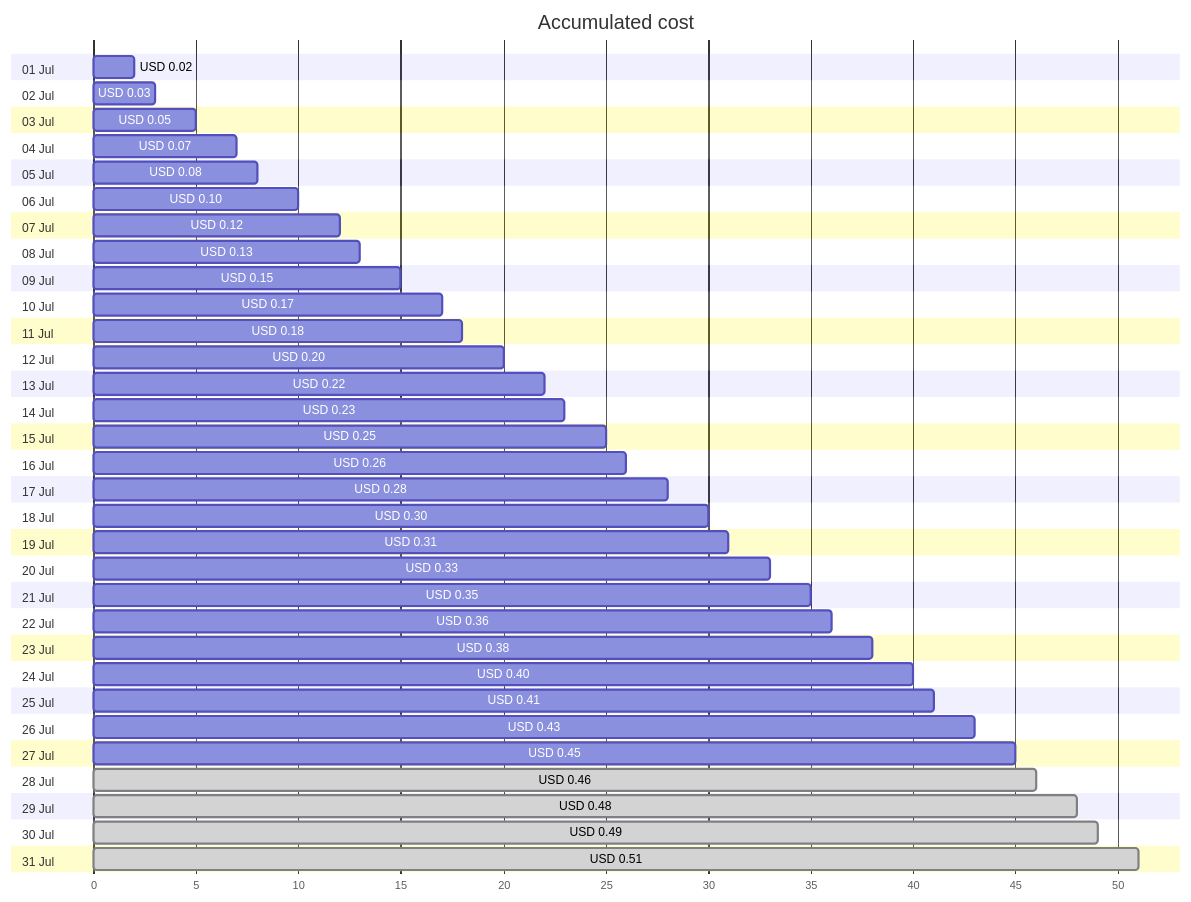
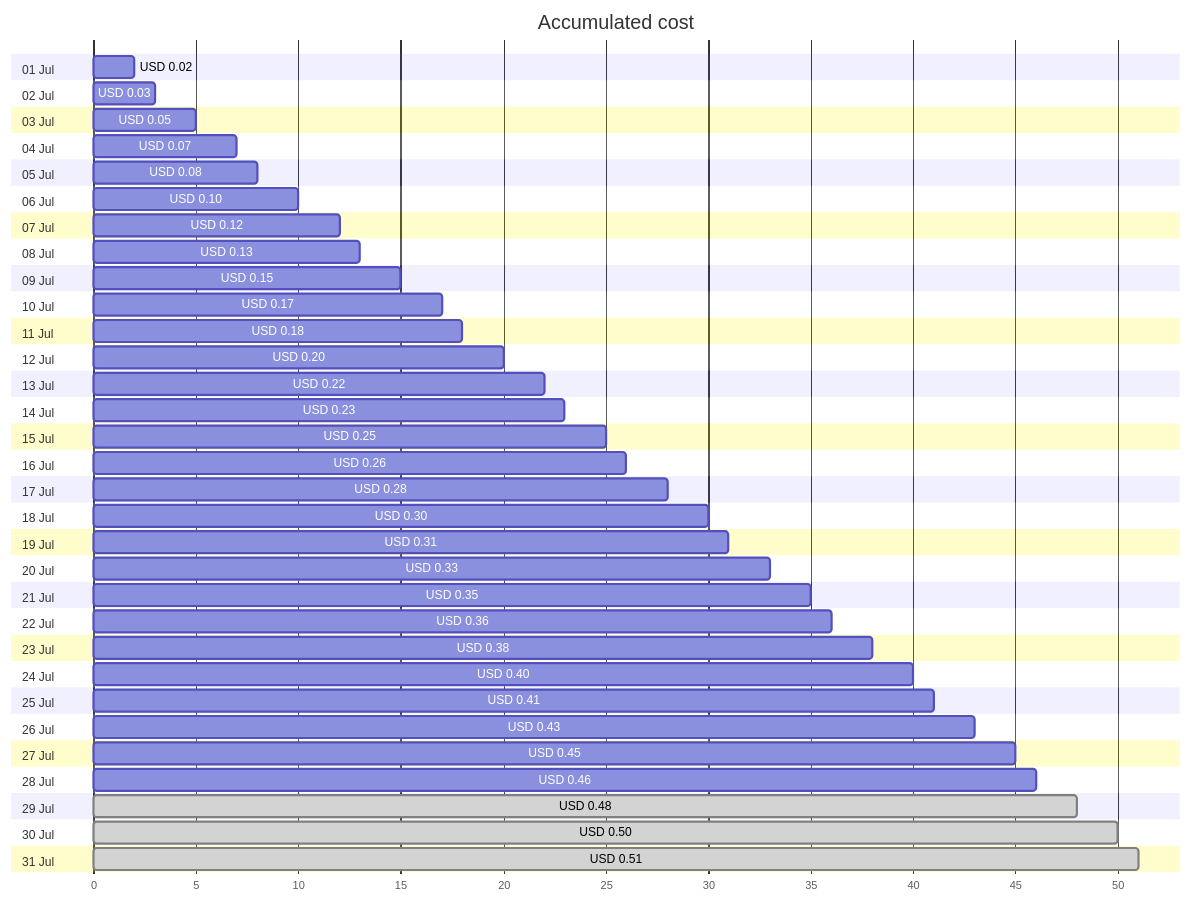
Before and after one commit to jpfulton/azure-personal-reports: the first of 4 diagrams in cost-reports/personal-dns/jpatrickfulton.dev.md, drawn with Mermaid. The commit also changed other lines of this file and 2 other files, not shown here.

````diff
--- a/cost-reports/personal-dns/jpatrickfulton.dev.md
+++ b/cost-reports/personal-dns/jpatrickfulton.dev.md
@@ -20,68 +20,68 @@
 ```mermaid
 gantt
    title Accumulated cost
    dateFormat  X
    axisFormat %s
    section 01 Jul
    USD 0.02 :0, 2
    section 02 Jul
    USD 0.03 :0, 3
    section 03 Jul
    USD 0.05 :0, 5
    section 04 Jul
    USD 0.07 :0, 7
    section 05 Jul
    USD 0.08 :0, 8
    section 06 Jul
    USD 0.10 :0, 10
    section 07 Jul
    USD 0.12 :0, 12
    section 08 Jul
    USD 0.13 :0, 13
    section 09 Jul
    USD 0.15 :0, 15
    section 10 Jul
    USD 0.17 :0, 17
    section 11 Jul
    USD 0.18 :0, 18
    section 12 Jul
    USD 0.20 :0, 20
    section 13 Jul
    USD 0.22 :0, 22
    section 14 Jul
    USD 0.23 :0, 23
    section 15 Jul
    USD 0.25 :0, 25
    section 16 Jul
    USD 0.26 :0, 26
    section 17 Jul
    USD 0.28 :0, 28
    section 18 Jul
    USD 0.30 :0, 30
    section 19 Jul
    USD 0.31 :0, 31
    section 20 Jul
    USD 0.33 :0, 33
    section 21 Jul
    USD 0.35 :0, 35
    section 22 Jul
    USD 0.36 :0, 36
    section 23 Jul
    USD 0.38 :0, 38
    section 24 Jul
    USD 0.40 :0, 40
    section 25 Jul
    USD 0.41 :0, 41
    section 26 Jul
    USD 0.43 :0, 43
    section 27 Jul
    USD 0.45 :0, 45
    section 28 Jul
-   USD 0.46 : done, 0, 46
+   USD 0.46 :0, 46
    section 29 Jul
    USD 0.48 : done, 0, 48
    section 30 Jul
-   USD 0.49 : done, 0, 49
+   USD 0.50 : done, 0, 50
    section 31 Jul
    USD 0.51 : done, 0, 51
 ```
````
